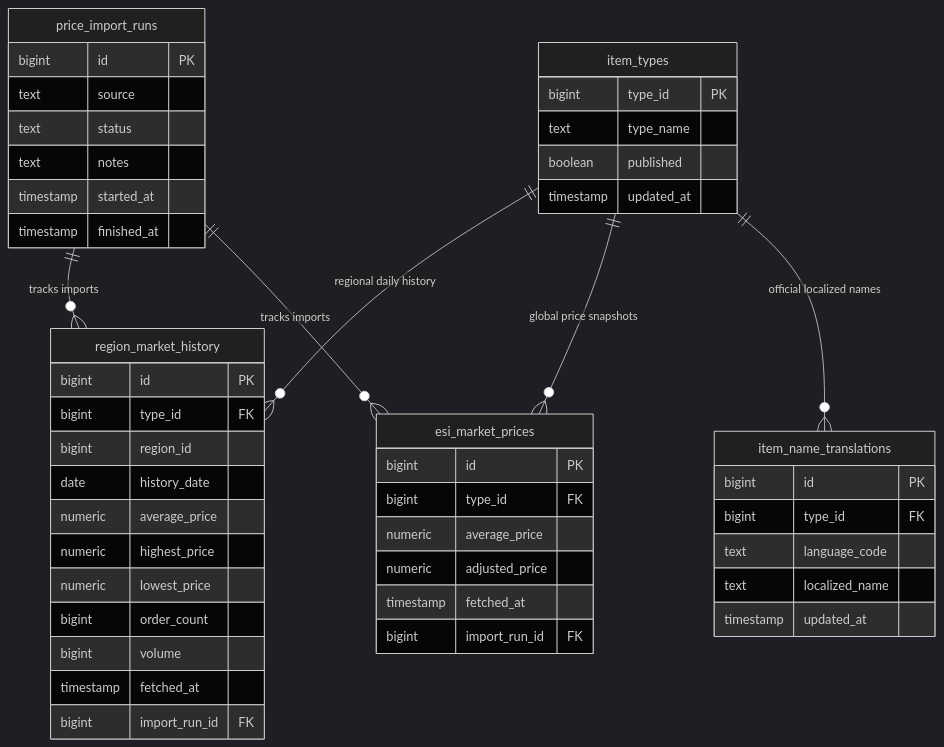
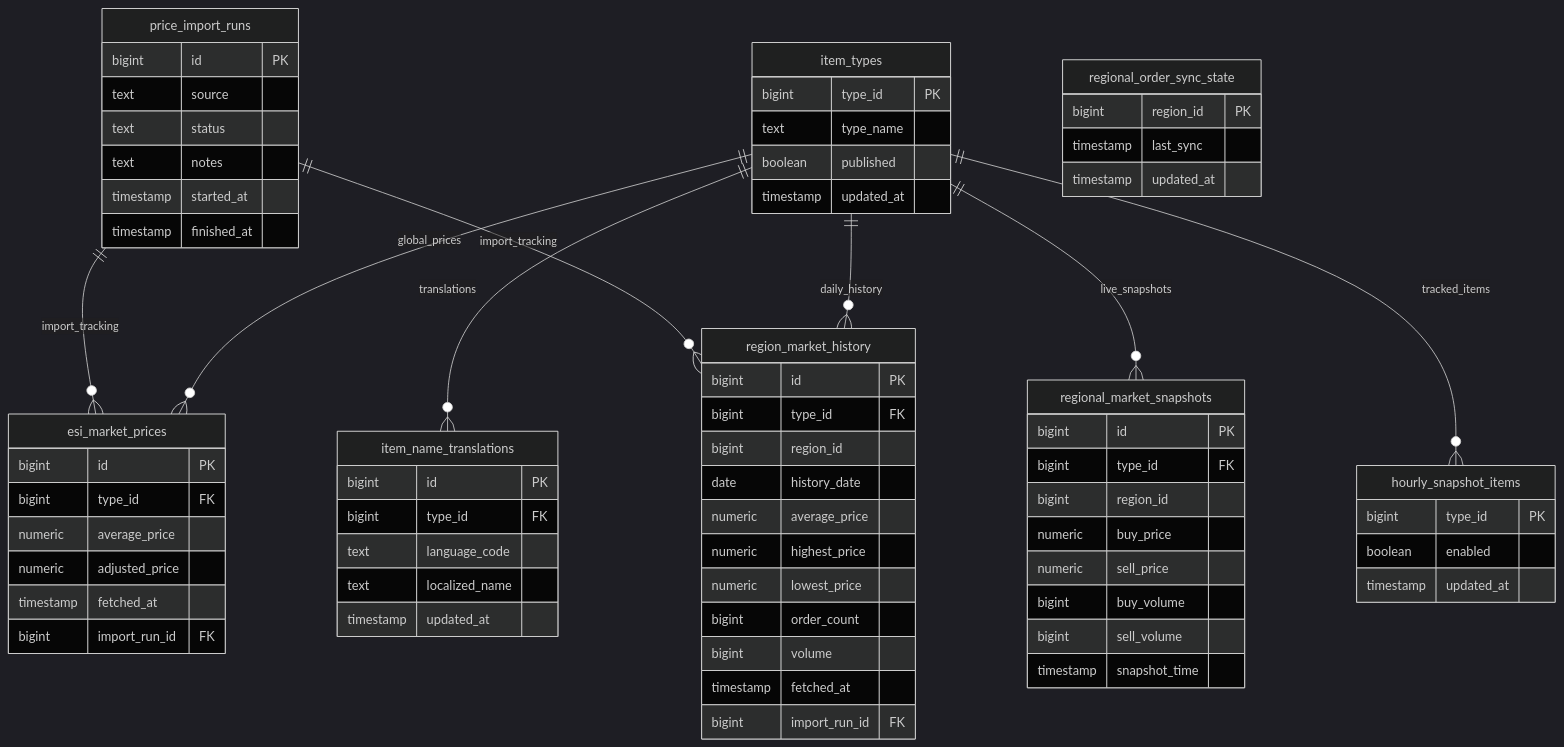
One commit to Relis-lol/homelab-hybrid-cloud-platform changed the diagram in diagrams/database-schema.md. Above: the diagram before and after it, drawn with Mermaid (dark theme). The commit also changed other lines of this file, not shown here.

````diff
--- a/diagrams/database-schema.md
+++ b/diagrams/database-schema.md
@@ -61,10 +52,40 @@
         bigint import_run_id FK
     }
 
-    item_types ||--o{ item_name_translations : "official localized names"
-    item_types ||--o{ esi_market_prices : "global price snapshots"
-    item_types ||--o{ region_market_history : "regional daily history"
+    regional_market_snapshots {
+        bigint id PK
+        bigint type_id FK
+        bigint region_id
+        numeric buy_price
+        numeric sell_price
+        bigint buy_volume
+        bigint sell_volume
+        timestamp snapshot_time
+    }
 
-    price_import_runs ||--o{ esi_market_prices : "tracks imports"
-    price_import_runs ||--o{ region_market_history : "tracks imports"
+    hourly_snapshot_items {
+        bigint type_id PK
+        boolean enabled
+        timestamp updated_at
+    }
+
+    regional_order_sync_state {
+        bigint region_id PK
+        timestamp last_sync
+        timestamp updated_at
+    }
+
+    item_types ||--o{ item_name_translations : translations
+
+    item_types ||--o{ esi_market_prices : global_prices
+
+    item_types ||--o{ region_market_history : daily_history
+
+    item_types ||--o{ regional_market_snapshots : live_snapshots
+
+    item_types ||--o{ hourly_snapshot_items : tracked_items
+
+    price_import_runs ||--o{ esi_market_prices : import_tracking
+
+    price_import_runs ||--o{ region_market_history : import_tracking
 ```
````
